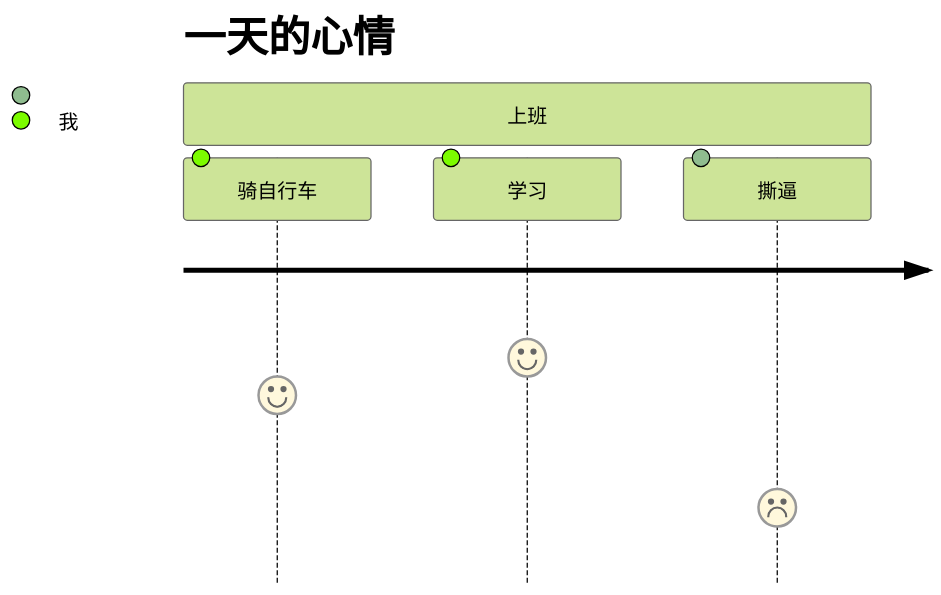
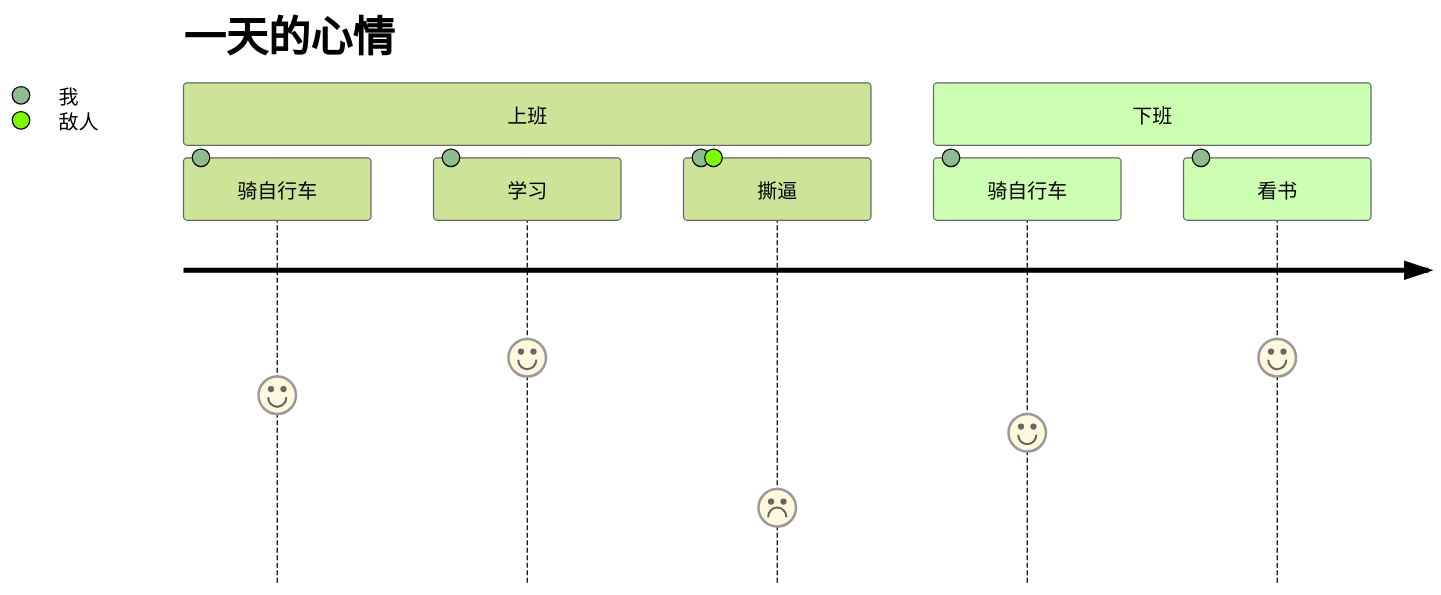
Before and after one commit to newle/newle.github.io: the tenth of 10 diagrams in 学习mermaid.md, drawn with Mermaid (forest theme). The commit also changed other lines of this file and 1 other file, not shown here.

Commit message:
vault backup: 2022-11-01 23:32:30

````diff
--- a/学习mermaid.md
+++ b/学习mermaid.md
@@ -148,13 +148,15 @@
 ```mermaid
 journey
 
 title 一天的心情
 
 section 上班
 骑自行车: 5: 我
 学习: 6: 我
-撕逼: 2: 
+撕逼: 2: 我,敌人
 
-
+section 下班
+骑自行车: 4: 我
+看书: 6: 我
 
 ```
````
